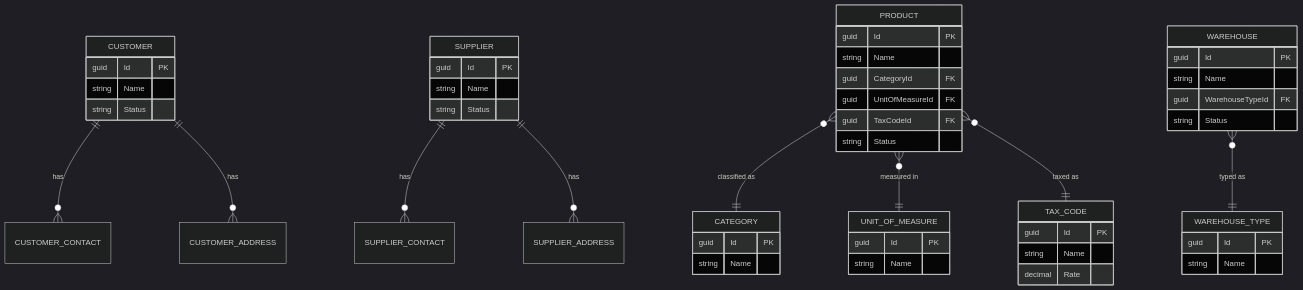
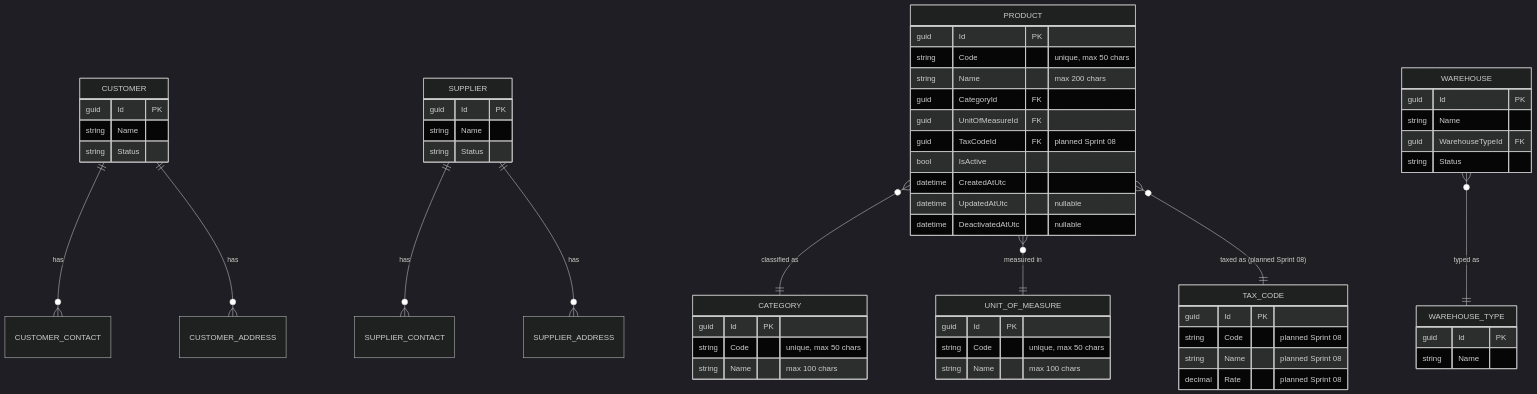
One commit to Helderito/ERP-Intelligence-Platform changed the second of 2 diagrams in docs/database/Entity-Relationship-Diagram.md. Above: the diagram before and after it, drawn with Mermaid (dark theme). The commit also changed other lines of this file and 68 other files, not shown here.

First line of the commit message:
Sprint 04 - Product Catalog Foundation (#10)

````diff
--- a/docs/database/Entity-Relationship-Diagram.md
+++ b/docs/database/Entity-Relationship-Diagram.md
@@ -88,56 +88,62 @@
 ```mermaid
 erDiagram
     CUSTOMER ||--o{ CUSTOMER_CONTACT : has
     CUSTOMER ||--o{ CUSTOMER_ADDRESS : has
 
     SUPPLIER ||--o{ SUPPLIER_CONTACT : has
     SUPPLIER ||--o{ SUPPLIER_ADDRESS : has
 
     PRODUCT }o--|| CATEGORY : "classified as"
     PRODUCT }o--|| UNIT_OF_MEASURE : "measured in"
-    PRODUCT }o--|| TAX_CODE : "taxed as"
-
+    PRODUCT }o--|| TAX_CODE : "taxed as (planned Sprint 08)"
     WAREHOUSE }o--|| WAREHOUSE_TYPE : "typed as"
 
     CUSTOMER {
         guid Id PK
         string Name
         string Status
     }
     SUPPLIER {
         guid Id PK
         string Name
         string Status
     }
     PRODUCT {
         guid Id PK
-        string Name
+        string Code "unique, max 50 chars"
+        string Name "max 200 chars"
         guid CategoryId FK
         guid UnitOfMeasureId FK
-        guid TaxCodeId FK
-        string Status
+        guid TaxCodeId FK "planned Sprint 08"
+        bool IsActive
+        datetime CreatedAtUtc
+        datetime UpdatedAtUtc "nullable"
+        datetime DeactivatedAtUtc "nullable"
     }
     CATEGORY {
         guid Id PK
-        string Name
+        string Code "unique, max 50 chars"
+        string Name "max 100 chars"
     }
     UNIT_OF_MEASURE {
         guid Id PK
-        string Name
+        string Code "unique, max 50 chars"
+        string Name "max 100 chars"
     }
     TAX_CODE {
         guid Id PK
-        string Name
-        decimal Rate
+        string Code "planned Sprint 08"
+        string Name "planned Sprint 08"
+        decimal Rate "planned Sprint 08"
     }
     WAREHOUSE {
         guid Id PK
         string Name
         guid WarehouseTypeId FK
         string Status
     }
     WAREHOUSE_TYPE {
         guid Id PK
         string Name
     }
 ```
````
